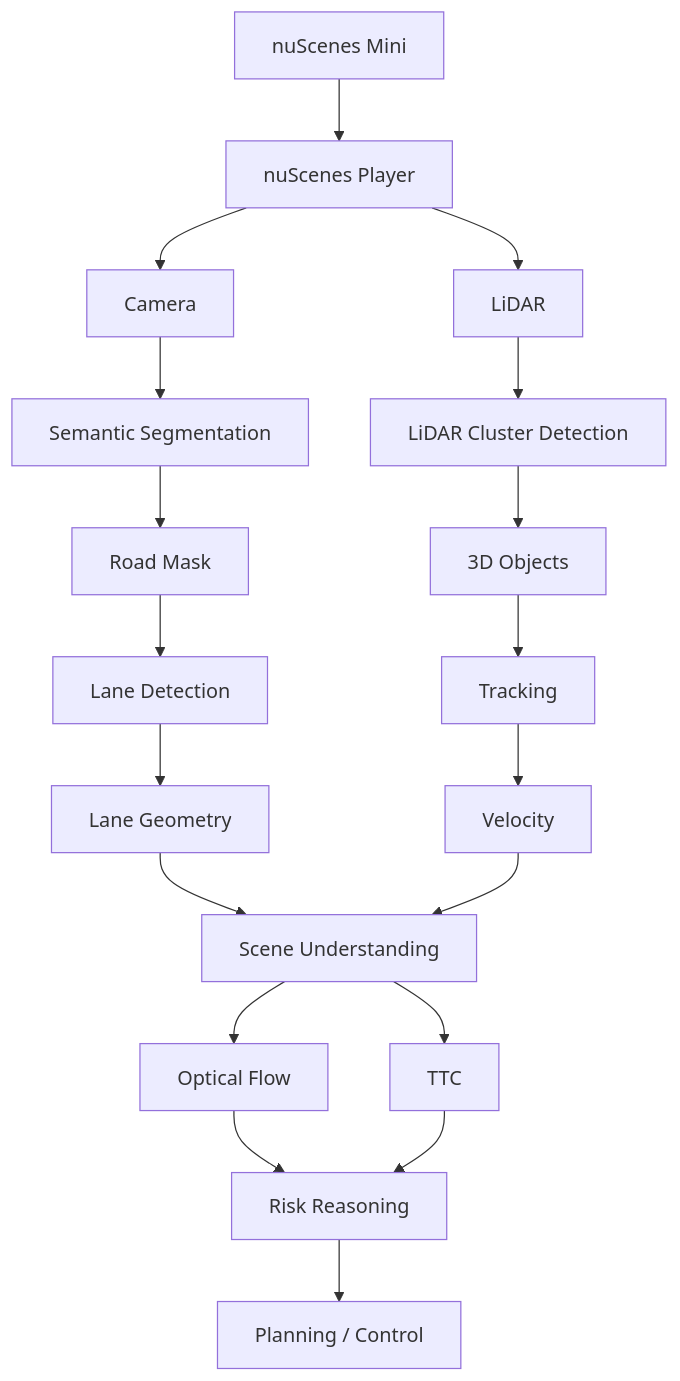
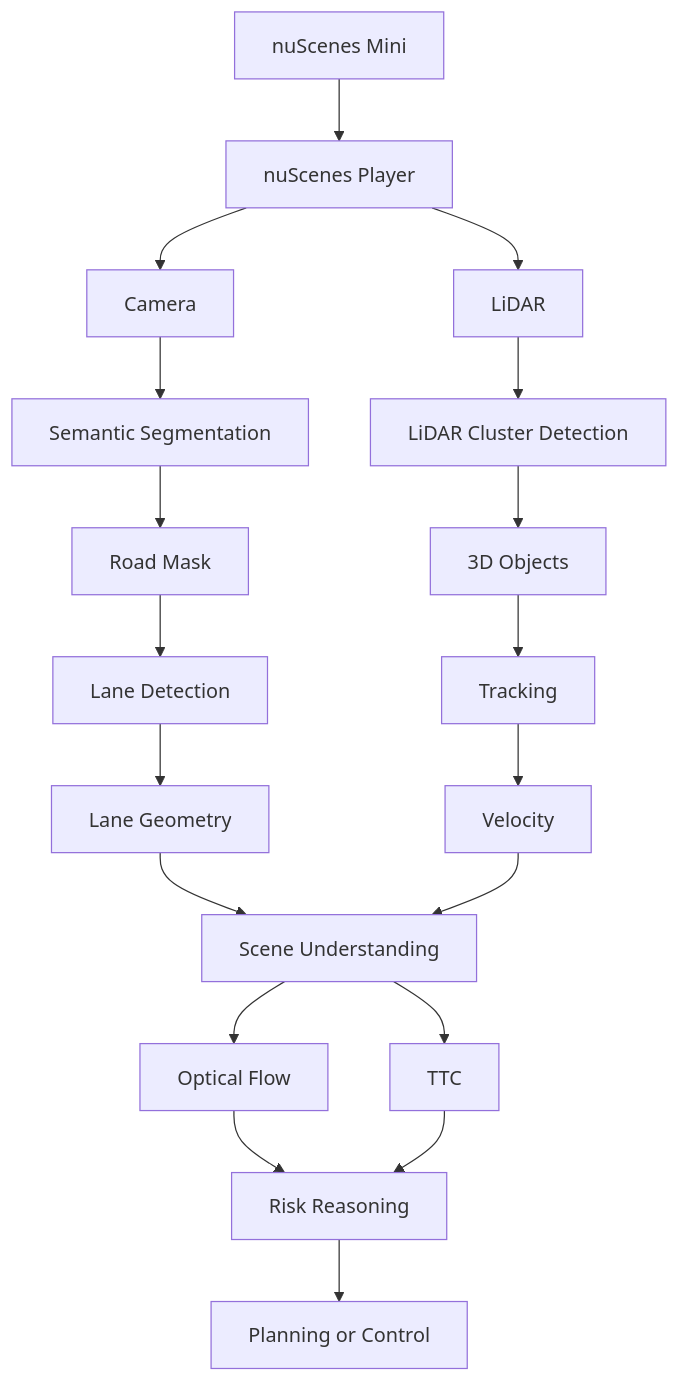
The second of 19 diagrams in README.md (GauravR2012/ros2-adas-perception-stack), drawn with Mermaid before and after one commit. The commit also changed other lines of this file, not shown here.

````diff
--- a/README.md
+++ b/README.md
@@ -101,29 +101,29 @@
 ```mermaid
 flowchart TD
-    N[nuScenes Mini] --> P[nuScenes Player]
-    P --> CAM[Camera]
-    P --> LID[LiDAR]
+    N["nuScenes Mini"] --> P["nuScenes Player"]
+    P --> CAM["Camera"]
+    P --> LID["LiDAR"]
 
-    CAM --> SEM[Semantic Segmentation]
-    LID --> LCD[LiDAR Cluster Detection]
+    CAM --> SEM["Semantic Segmentation"]
+    LID --> LCD["LiDAR Cluster Detection"]
 
-    SEM --> RM[Road Mask]
-    LCD --> OBJ[3D Objects]
+    SEM --> RM["Road Mask"]
+    LCD --> OBJ["3D Objects"]
 
-    RM --> LD[Lane Detection]
-    OBJ --> TRK[Tracking]
+    RM --> LD["Lane Detection"]
+    OBJ --> TRK["Tracking"]
 
-    LD --> LG[Lane Geometry]
-    TRK --> VEL[Velocity]
+    LD --> LG["Lane Geometry"]
+    TRK --> VEL["Velocity"]
 
-    LG --> SU[Scene Understanding]
+    LG --> SU["Scene Understanding"]
     VEL --> SU
 
-    SU --> OF[Optical Flow]
-    SU --> TTC[TTC]
+    SU --> OF["Optical Flow"]
+    SU --> TTC["TTC"]
 
-    OF --> RR[Risk Reasoning]
+    OF --> RR["Risk Reasoning"]
     TTC --> RR
 
-    RR --> PC[Planning / Control]
+    RR --> PC["Planning  or  Control"]
 ```
````
